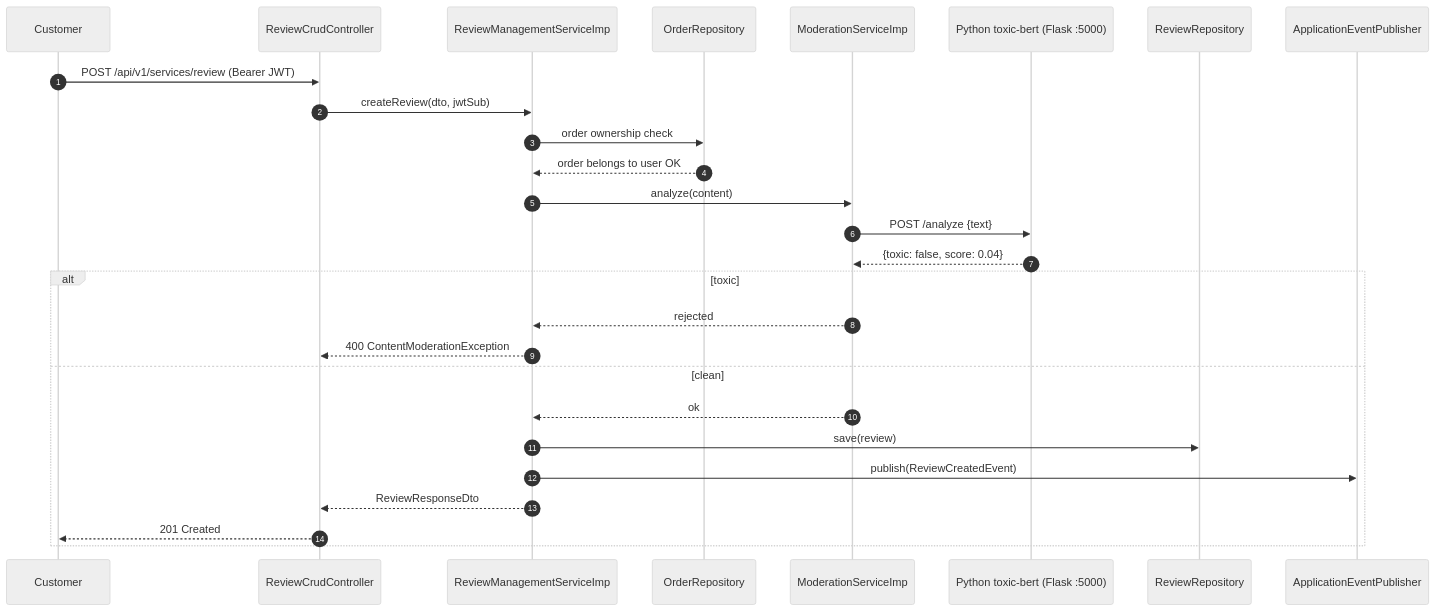
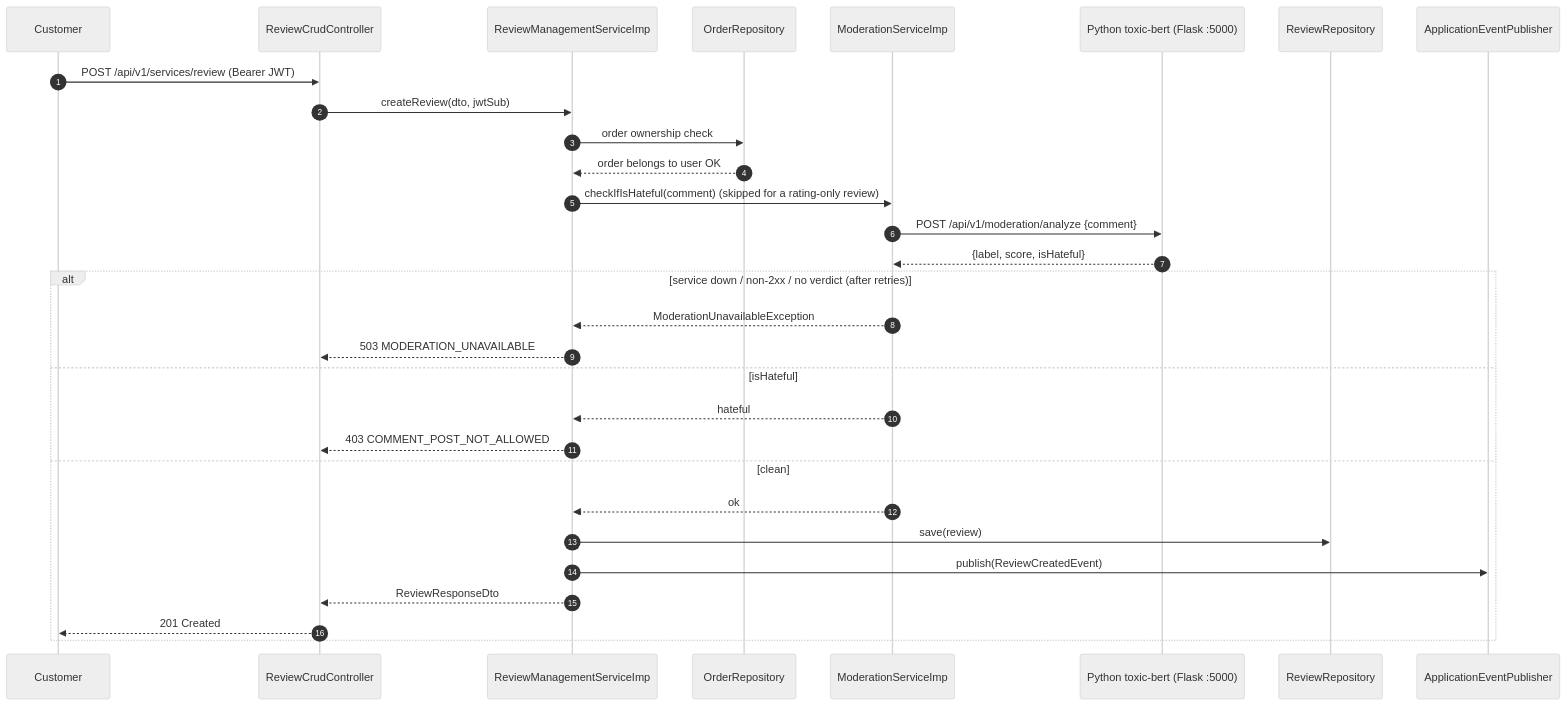
Before and after one commit to ZETROV93XB47/cybertech-Ecommerce: the ninth of 9 diagrams in readme.md, drawn with Mermaid (neutral theme). The commit also changed other lines of this file and 17 other files, not shown here.

First line of the commit message:
fix(review): moderation reachable on its real path, outage reported as 503

````diff
--- a/readme.md
+++ b/readme.md
@@ -419,30 +419,33 @@
 ```mermaid
 sequenceDiagram
     autonumber
     participant C as Customer
     participant API as ReviewCrudController
     participant SVC as ReviewManagementServiceImp
     participant OR as OrderRepository
     participant MD as ModerationServiceImp
     participant PY as Python toxic-bert (Flask :5000)
     participant DB as ReviewRepository
     participant E as ApplicationEventPublisher
 
     C->>API: POST /api/v1/services/review (Bearer JWT)
     API->>SVC: createReview(dto, jwtSub)
     SVC->>OR: order ownership check
     OR-->>SVC: order belongs to user OK
-    SVC->>MD: analyze(content)
-    MD->>PY: POST /analyze {text}
-    PY-->>MD: {toxic: false, score: 0.04}
-    alt toxic
-        MD-->>SVC: rejected
-        SVC-->>API: 400 ContentModerationException
+    SVC->>MD: checkIfIsHateful(comment) (skipped for a rating-only review)
+    MD->>PY: POST /api/v1/moderation/analyze {comment}
+    PY-->>MD: {label, score, isHateful}
+    alt service down / non-2xx / no verdict (after retries)
+        MD-->>SVC: ModerationUnavailableException
+        SVC-->>API: 503 MODERATION_UNAVAILABLE
+    else isHateful
+        MD-->>SVC: hateful
+        SVC-->>API: 403 COMMENT_POST_NOT_ALLOWED
     else clean
         MD-->>SVC: ok
         SVC->>DB: save(review)
         SVC->>E: publish(ReviewCreatedEvent)
         SVC-->>API: ReviewResponseDto
         API-->>C: 201 Created
     end
 ```
````
